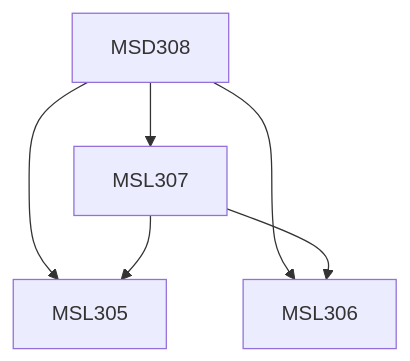
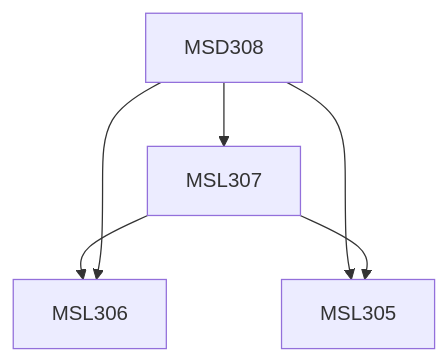
One commit to KeshavBansal0122/CoS_Website changed the diagram in content/Management Studies/MSD308.md. Above: the diagram before and after it, drawn with Mermaid. The commit also changed other lines of this file and 2667 other files, not shown here.

````diff
--- a/content/Management Studies/MSD308.md
+++ b/content/Management Studies/MSD308.md
@@ -17,8 +15,12 @@
 ```mermaid
-graph TD
-MSD308 --> MSL305
-MSD308 --> MSL306
-MSD308 --> MSL307
-MSL307 --> MSL305
-MSL307 --> MSL306
+flowchart TD
+MSD308-508[MSD308]
+MSD308-508 --> MSL307-508[MSL307]
+MSD308-508 --> MSL305-508[MSL305]
+MSL307-508 --> MSL306-508[MSL306]
+MSD308-508 --> MSL306-508[MSL306]
+MSL307-508 --> MSL305-508[MSL305]
+
+classDef empty height:17px, fill:transparent, stroke:transparent;
+classDef trueEmpty height:0px, width:0px;
 ```
````
